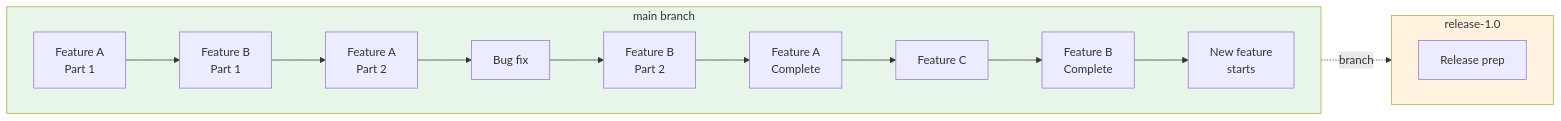
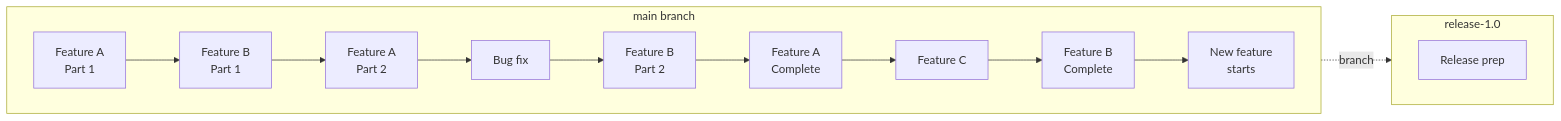
One commit to shivam-g-mishra/blog changed the first of 8 diagrams in docs/cicd/branching-strategies.md. Above: the diagram before and after it, drawn with Mermaid. The commit also changed other lines of this file and 23 other files, not shown here.

First line of the commit message:
fix: improve Mermaid diagram visibility in dark mode

````diff
--- a/docs/cicd/branching-strategies.md
+++ b/docs/cicd/branching-strategies.md
@@ -105,24 +105,21 @@
 ```mermaid
 flowchart LR
     subgraph main["main branch"]
         direction LR
         A1[Feature A<br/>Part 1] --> B1[Feature B<br/>Part 1]
         B1 --> A2[Feature A<br/>Part 2]
         A2 --> BF[Bug fix]
         BF --> B2[Feature B<br/>Part 2]
         B2 --> AC[Feature A<br/>Complete]
         AC --> FC[Feature C]
         FC --> BC[Feature B<br/>Complete]
         BC --> NF[New feature<br/>starts]
     end
     
     subgraph release["release-1.0"]
         direction LR
         RP[Release prep]
     end
     
     FC -.->|branch| RP
-    
-    style main fill:#e8f5e9
-    style release fill:#fff3e0
 ```
````
